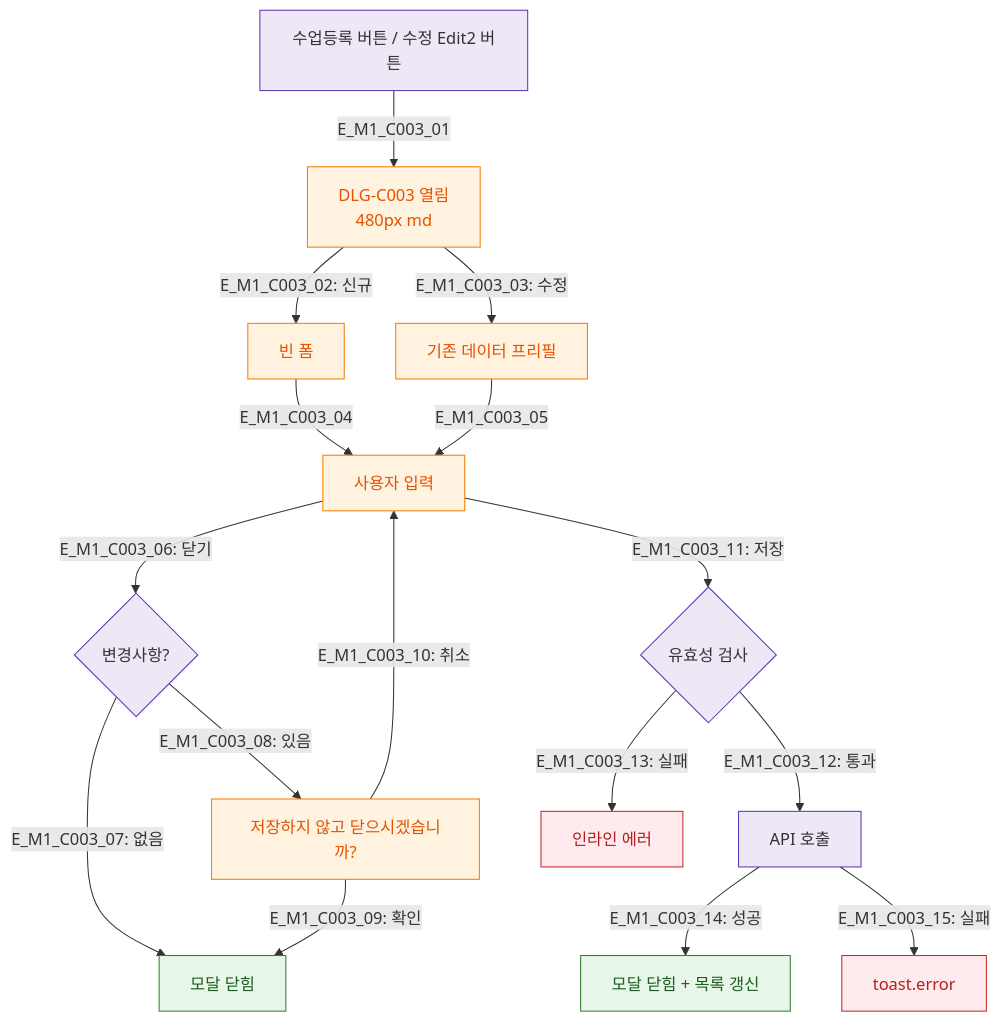
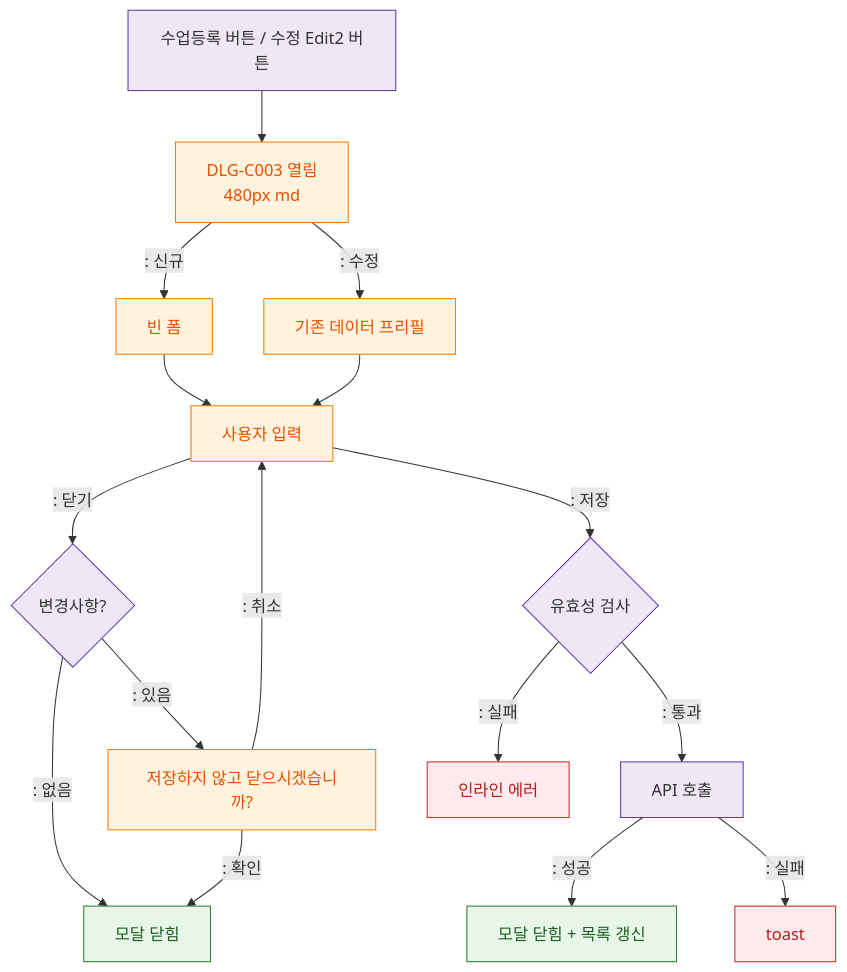
Before and after one commit to dev-spogym/admin-pando: the diagram in docs/다이어그램/D04_수업관리/DLG/DLG-C003_수업등록수정_관리/M1_생명주기.md, drawn with Mermaid. The commit also changed other lines of this file and 1660 other files, not shown here.

First line of the commit message:
다이어그램: 기획자/클라이언트 납품본으로 정리

````diff
--- a/docs/다이어그램/D04_수업관리/DLG/DLG-C003_수업등록수정_관리/M1_생명주기.md
+++ b/docs/다이어그램/D04_수업관리/DLG/DLG-C003_수업등록수정_관리/M1_생명주기.md
@@ -20,30 +18,30 @@
 ```mermaid
 flowchart TD
-  Trigger[수업등록 버튼 / 수정 Edit2 버튼] -->|E_M1_C003_01| Open[DLG-C003 열림\n480px md]
-  Open -->|"E_M1_C003_02: 신규"| BlankForm[빈 폼]
-  Open -->|"E_M1_C003_03: 수정"| PrefilledForm[기존 데이터 프리필]
+  Trigger[수업등록 버튼 / 수정 Edit2 버튼] --> Open[DLG-C003 열림\n480px md]
+  Open -->|": 신규"|BlankForm[빈 폼]
+  Open -->|": 수정"|PrefilledForm[기존 데이터 프리필]
 
-  BlankForm -->|E_M1_C003_04| UserInput[사용자 입력]
-  PrefilledForm -->|E_M1_C003_05| UserInput
+  BlankForm --> UserInput[사용자 입력]
+  PrefilledForm --> UserInput
 
-  UserInput -->|"E_M1_C003_06: 닫기"| UnsavedCheck{변경사항?}
-  UnsavedCheck -->|"E_M1_C003_07: 없음"| Close[모달 닫힘]
-  UnsavedCheck -->|"E_M1_C003_08: 있음"| UnsavedDlg[저장하지 않고 닫으시겠습니까?]
-  UnsavedDlg -->|"E_M1_C003_09: 확인"| Close
-  UnsavedDlg -->|"E_M1_C003_10: 취소"| UserInput
+  UserInput -->|": 닫기"|UnsavedCheck{변경사항?}
+  UnsavedCheck -->|": 없음"|Close[모달 닫힘]
+  UnsavedCheck -->|": 있음"|UnsavedDlg[저장하지 않고 닫으시겠습니까?]
+  UnsavedDlg -->|": 확인"|Close
+  UnsavedDlg -->|": 취소"|UserInput
 
-  UserInput -->|"E_M1_C003_11: 저장"| Validate{유효성 검사}
-  Validate -->|"E_M1_C003_12: 통과"| Submit[API 호출]
-  Validate -->|"E_M1_C003_13: 실패"| ValidationErr[인라인 에러]
-  Submit -->|"E_M1_C003_14: 성공"| CloseRefresh[모달 닫힘 + 목록 갱신]
-  Submit -->|"E_M1_C003_15: 실패"| APIErr[toast.error]
+  UserInput -->|": 저장"|Validate{유효성 검사}
+  Validate -->|": 통과"|Submit[API 호출]
+  Validate -->|": 실패"|ValidationErr[인라인 에러]
+  Submit -->|": 성공"|CloseRefresh[모달 닫힘 + 목록 갱신]
+  Submit -->|": 실패"|APIErr[toast]
 
   classDef modal fill:#FFF3E0,stroke:#F57C00,color:#E65100
   classDef system fill:#EDE7F6,stroke:#5E35B2
   classDef success fill:#E8F5E9,stroke:#2E7D32,color:#1B5E20
   classDef error fill:#FFEBEE,stroke:#C62828,color:#B71C1C
   class Open,BlankForm,PrefilledForm,UserInput,UnsavedDlg modal
   class Trigger,UnsavedCheck,Validate,Submit system
   class CloseRefresh,Close success
   class ValidationErr,APIErr error
 ```
````
